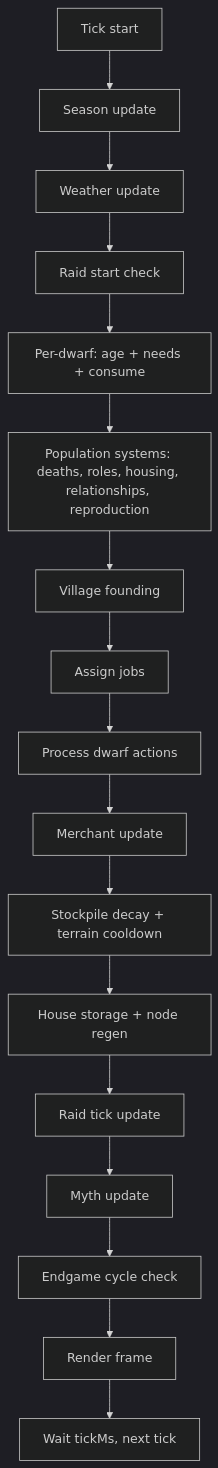
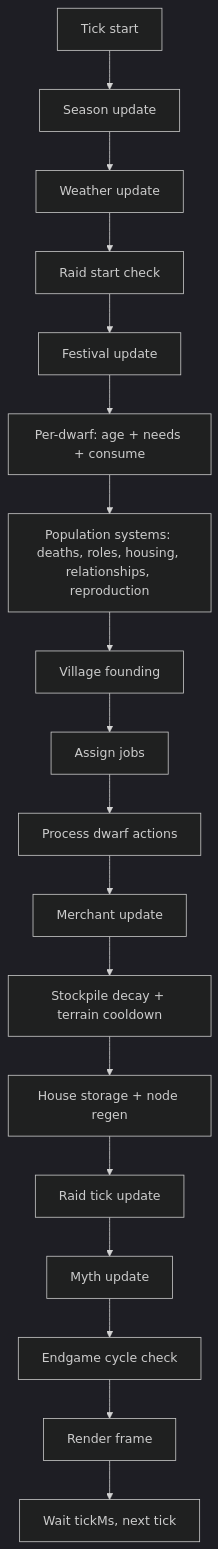
Before and after one commit to Gladiak/nodeDwarves: the diagram in MANUAL.md, drawn with Mermaid (dark theme). The commit also changed other lines of this file and 14 other files, not shown here.

````diff
--- a/MANUAL.md
+++ b/MANUAL.md
@@ -50,19 +51,20 @@
 ```mermaid
 flowchart TD
   A[Tick start] --> B[Season update]
   B --> C[Weather update]
   C --> D[Raid start check]
-  D --> E[Per-dwarf: age + needs + consume]
-  E --> F[Population systems: deaths, roles, housing, relationships, reproduction]
-  F --> G[Village founding]
-  G --> H[Assign jobs]
-  H --> I[Process dwarf actions]
-  I --> J[Merchant update]
-  J --> K[Stockpile decay + terrain cooldown]
-  K --> L[House storage + node regen]
-  L --> M[Raid tick update]
-  M --> N[Myth update]
-  N --> O[Endgame cycle check]
-  O --> P[Render frame]
-  P --> Q[Wait tickMs, next tick]
+  D --> E[Festival update]
+  E --> F[Per-dwarf: age + needs + consume]
+  F --> G[Population systems: deaths, roles, housing, relationships, reproduction]
+  G --> H[Village founding]
+  H --> I[Assign jobs]
+  I --> J[Process dwarf actions]
+  J --> K[Merchant update]
+  K --> L[Stockpile decay + terrain cooldown]
+  L --> M[House storage + node regen]
+  M --> N[Raid tick update]
+  N --> O[Myth update]
+  O --> P[Endgame cycle check]
+  P --> Q[Render frame]
+  Q --> R[Wait tickMs, next tick]
 ```
````
